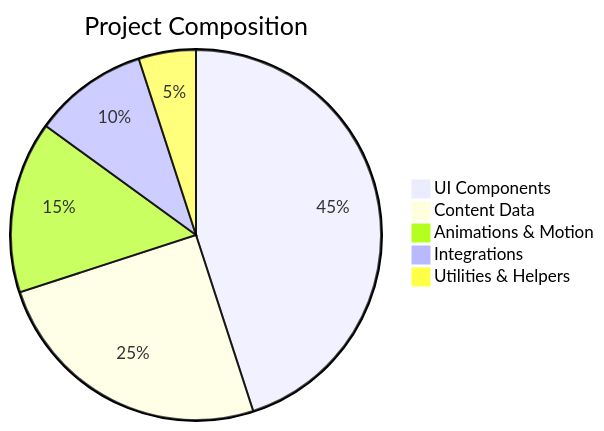
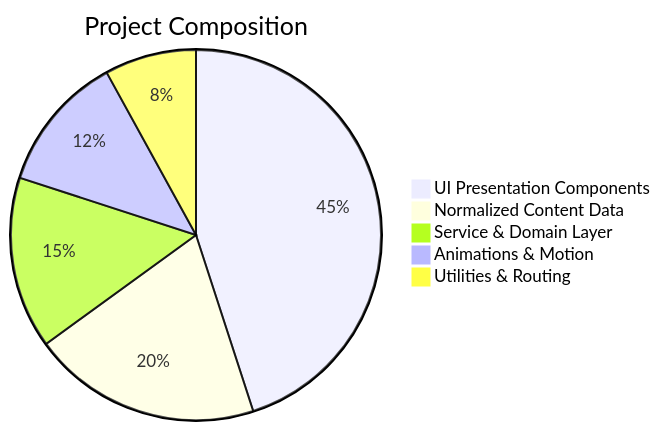
One commit to Haiderali445/portfolio-website changed the fourth of 4 diagrams in README.md. Above: the diagram before and after it, drawn with Mermaid. The commit also changed other lines of this file and 50 other files, not shown here.

Commit message:
feat(architecture): refactor to 3-tier domain service layer, dynamic data modules, and updated UI components

````diff
--- a/README.md
+++ b/README.md
@@ -231,8 +274,9 @@
 ```mermaid
 pie title Project Composition
-    "UI Components" : 45
-    "Content Data" : 25
-    "Animations & Motion" : 15
-    "Integrations" : 10
-    "Utilities & Helpers" : 5
+    "UI Presentation Components" : 45
+    "Normalized Content Data" : 20
+    "Service & Domain Layer" : 15
+    "Animations & Motion" : 12
+    "Utilities & Routing" : 8
+
 ```
````
